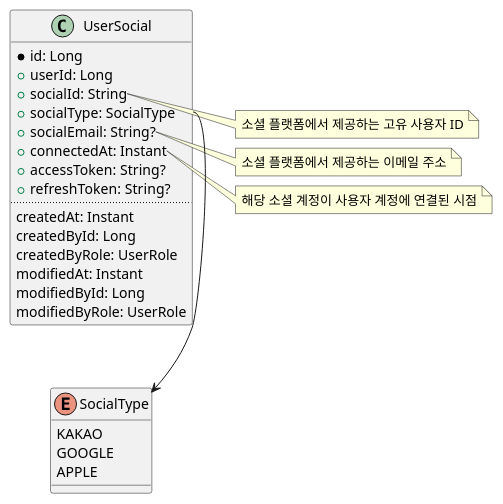
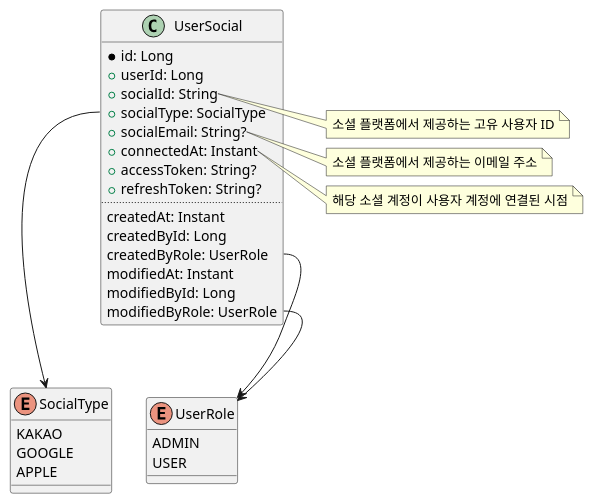
Before and after one commit to sweav-org/sweav-uml: the diagram in class/user/user_social.puml, drawn with PlantUML. The commit also changed 3 other files, not shown here.

Commit message:
유저 디바이스 클래스 다이어그램 추가

```diff
--- a/class/user/user_social.puml
+++ b/class/user/user_social.puml
@@ -1,42 +1,49 @@
 @startuml
 'https://plantuml.com/class-diagram
 
 class UserSocial {
   *id: Long
   +userId: Long
   +socialId: String
   +socialType: SocialType
   +socialEmail: String?
   +connectedAt: Instant
   +accessToken: String?
   +refreshToken: String?
   ..
   createdAt: Instant
   createdById: Long
   createdByRole: UserRole
   modifiedAt: Instant
   modifiedById: Long
   modifiedByRole: UserRole
 }
 
 enum SocialType {
   KAKAO
   GOOGLE
   APPLE
 }
 
+enum UserRole {
+  ADMIN
+  USER
+}
+
 UserSocial::socialType --> SocialType
+UserSocial::createdByRole --> UserRole
+UserSocial::modifiedByRole --> UserRole
 
 note right of UserSocial::socialId
   소셜 플랫폼에서 제공하는 고유 사용자 ID
 end note
 
 note right of UserSocial::socialEmail
   소셜 플랫폼에서 제공하는 이메일 주소
 end note
 
 note right of UserSocial::connectedAt
   해당 소셜 계정이 사용자 계정에 연결된 시점
 end note
 
 @enduml
```
